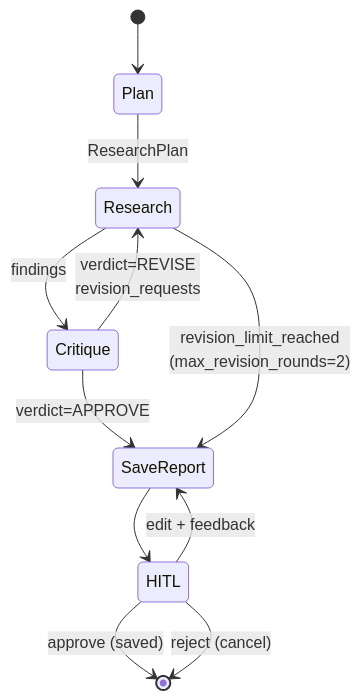
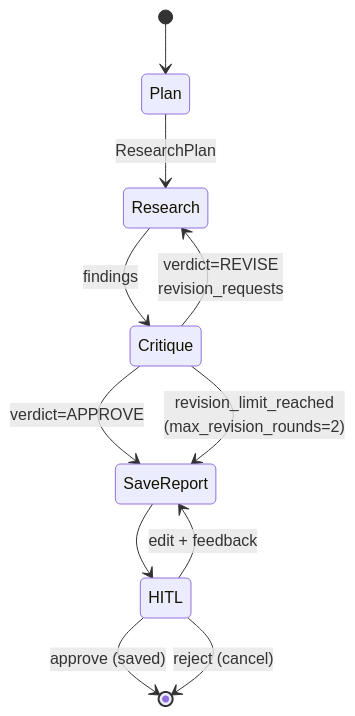
One commit to Turkevich91/multi-agent-systems-robotdreams changed the second of 6 diagrams in homework-lesson-8/uml_diagrams/MULTI_AGENT_MERMAID.md. Above: the diagram before and after it, drawn with Mermaid. The commit also changed other lines of this file and 3 other files, not shown here.

````diff
--- a/homework-lesson-8/uml_diagrams/MULTI_AGENT_MERMAID.md
+++ b/homework-lesson-8/uml_diagrams/MULTI_AGENT_MERMAID.md
@@ -40,13 +40,13 @@
 ```mermaid
 stateDiagram-v2
     [*] --> Plan
     Plan --> Research : ResearchPlan
     Research --> Critique : findings
     Critique --> Research : verdict=REVISE<br/>revision_requests
     Critique --> SaveReport : verdict=APPROVE
-    Research --> SaveReport : revision_limit_reached<br/>(max_revision_rounds=2)
+    Critique --> SaveReport : revision_limit_reached<br/>(max_revision_rounds=2)
     SaveReport --> HITL
     HITL --> SaveReport : edit + feedback
     HITL --> [*] : approve (saved)
     HITL --> [*] : reject (cancel)
 ```
````
